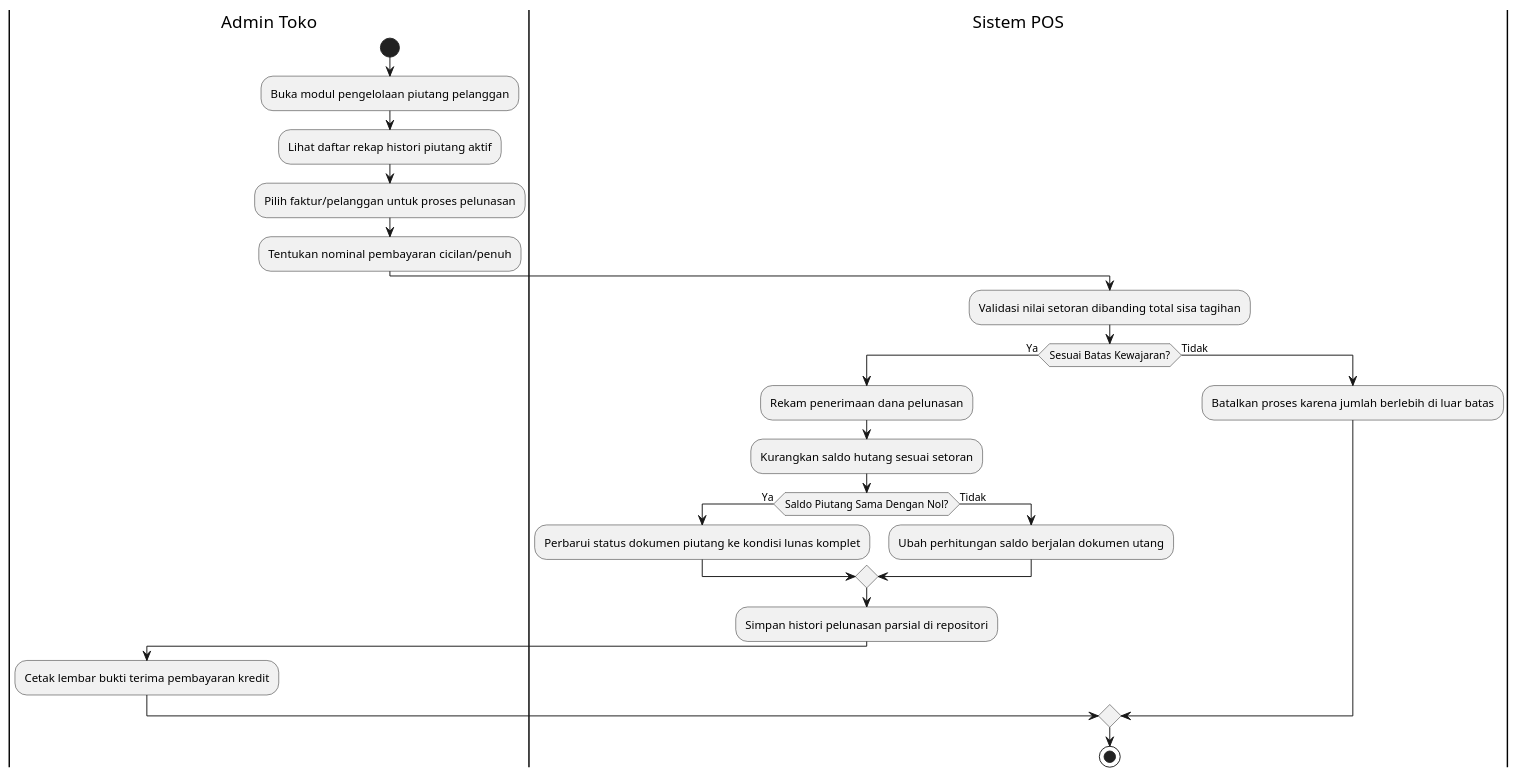
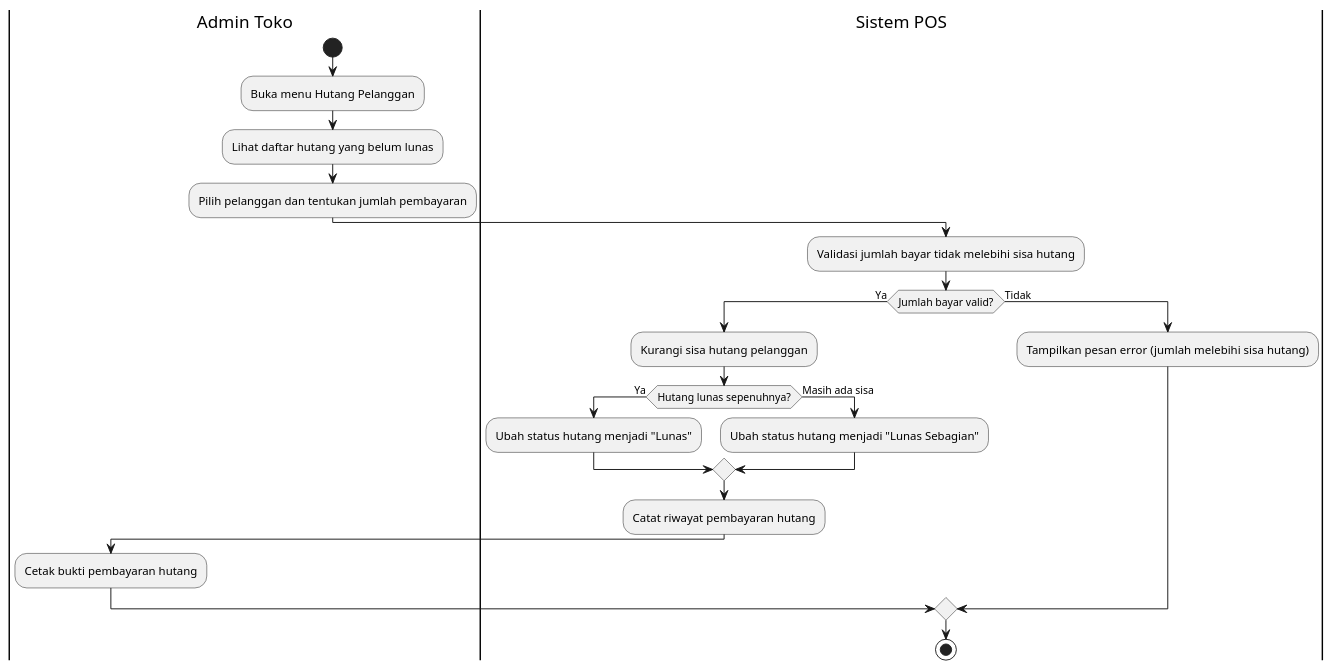
One commit to Aditiarzky/pos-app changed the diagram in docs/uml-activity-debt.puml. Above: the diagram before and after it, drawn with PlantUML. The commit also changed 41 other files, not shown here.

```diff
--- a/docs/uml-activity-debt.puml
+++ b/docs/uml-activity-debt.puml
@@ -1,27 +1,25 @@
 @startuml
 |Admin Toko|
 start
-:Buka modul pengelolaan piutang pelanggan;
-:Lihat daftar rekap histori piutang aktif;
-:Pilih faktur/pelanggan untuk proses pelunasan;
-:Tentukan nominal pembayaran cicilan/penuh;
+:Buka menu Hutang Pelanggan;
+:Lihat daftar hutang yang belum lunas;
+:Pilih pelanggan dan tentukan jumlah pembayaran;
 
 |Sistem POS|
-:Validasi nilai setoran dibanding total sisa tagihan;
-if (Sesuai Batas Kewajaran?) then (Ya)
-  :Rekam penerimaan dana pelunasan;
-  :Kurangkan saldo hutang sesuai setoran;
-  if (Saldo Piutang Sama Dengan Nol?) then (Ya)
-    :Perbarui status dokumen piutang ke kondisi lunas komplet;
-  else (Tidak)
-    :Ubah perhitungan saldo berjalan dokumen utang;
+:Validasi jumlah bayar tidak melebihi sisa hutang;
+if (Jumlah bayar valid?) then (Ya)
+  :Kurangi sisa hutang pelanggan;
+  if (Hutang lunas sepenuhnya?) then (Ya)
+    :Ubah status hutang menjadi "Lunas";
+  else (Masih ada sisa)
+    :Ubah status hutang menjadi "Lunas Sebagian";
   endif
-  :Simpan histori pelunasan parsial di repositori;
+  :Catat riwayat pembayaran hutang;
   |Admin Toko|
-  :Cetak lembar bukti terima pembayaran kredit;
+  :Cetak bukti pembayaran hutang;
 else (Tidak)
   |Sistem POS|
-  :Batalkan proses karena jumlah berlebih di luar batas;
+  :Tampilkan pesan error (jumlah melebihi sisa hutang);
 endif
 stop
 @enduml
```
